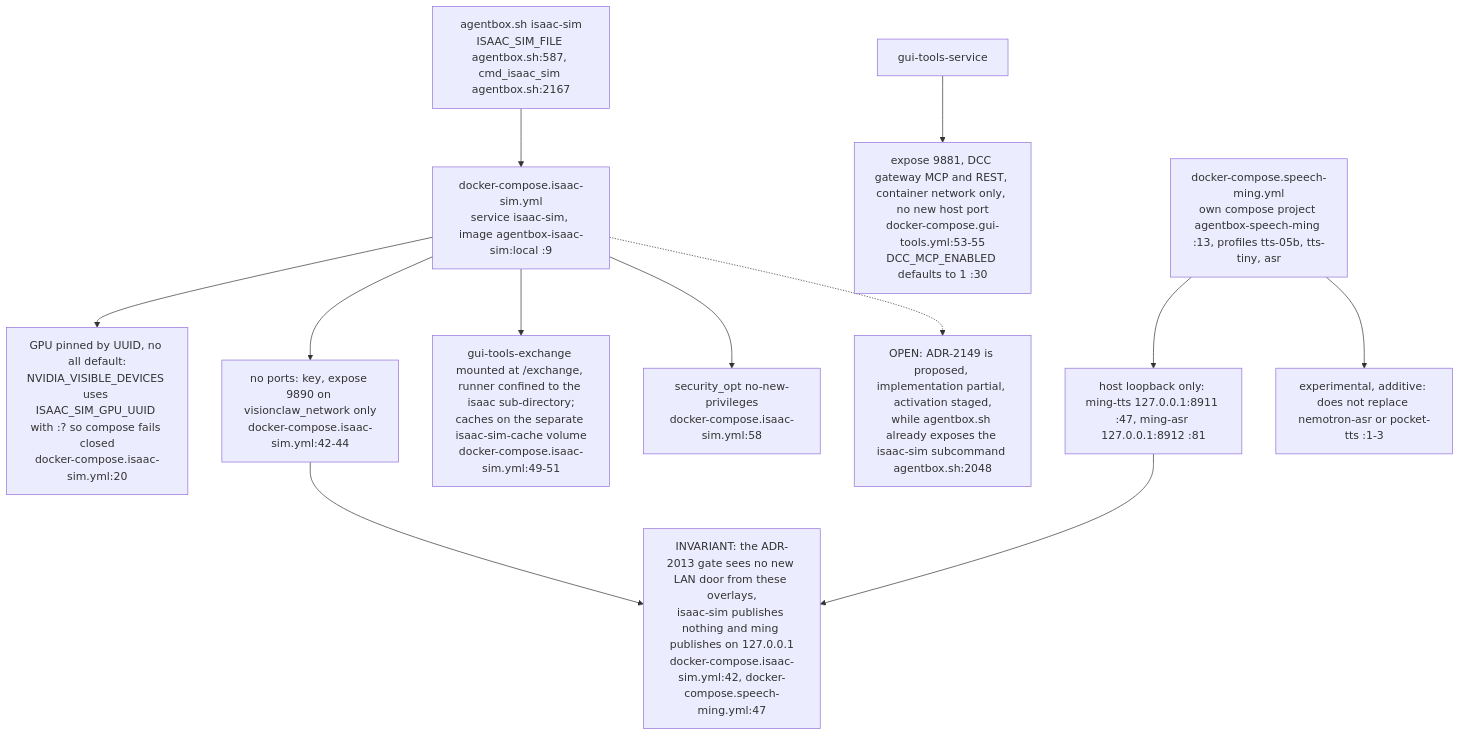
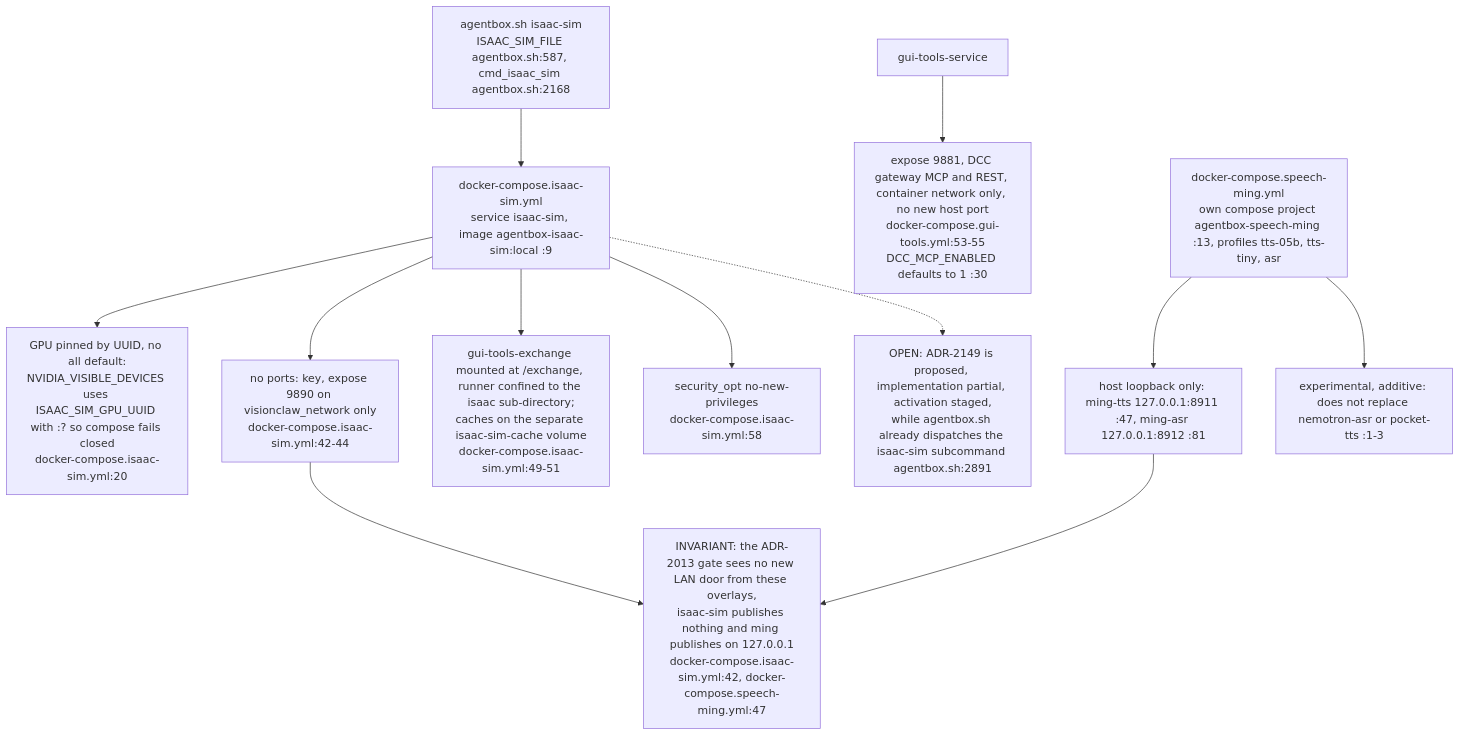
One commit to DreamLab-AI/VisionFlow changed diagram 14 of 14 in docs/diagrams/agentbox/06-sidecars-and-compose-overlays.md. Above: the diagram before and after it, drawn with Mermaid. The commit also changed other lines of this file and 173 other files, not shown here.

````diff
--- a/docs/diagrams/agentbox/06-sidecars-and-compose-overlays.md
+++ b/docs/diagrams/agentbox/06-sidecars-and-compose-overlays.md
@@ -405,14 +405,14 @@
 ```mermaid
 flowchart TB
-    CLI["agentbox.sh isaac-sim<br/>ISAAC_SIM_FILE agentbox.sh:587, cmd_isaac_sim agentbox.sh:2167"] --> ISAAC["docker-compose.isaac-sim.yml<br/>service isaac-sim, image agentbox-isaac-sim:local :9"]
+    CLI["agentbox.sh isaac-sim<br/>ISAAC_SIM_FILE agentbox.sh:587, cmd_isaac_sim agentbox.sh:2168"] --> ISAAC["docker-compose.isaac-sim.yml<br/>service isaac-sim, image agentbox-isaac-sim:local :9"]
     ISAAC --> GPU["GPU pinned by UUID, no all default:<br/>NVIDIA_VISIBLE_DEVICES uses ISAAC_SIM_GPU_UUID with :? so compose fails closed<br/>docker-compose.isaac-sim.yml:20"]
     ISAAC --> NOPORT["no ports: key, expose 9890 on visionclaw_network only<br/>docker-compose.isaac-sim.yml:42-44"]
     ISAAC --> EXV["gui-tools-exchange mounted at /exchange, runner confined to the isaac sub-directory;<br/>caches on the separate isaac-sim-cache volume<br/>docker-compose.isaac-sim.yml:49-51"]
     ISAAC --> SECOPT["security_opt no-new-privileges<br/>docker-compose.isaac-sim.yml:58"]
     GT["gui-tools-service"] --> DCC["expose 9881, DCC gateway MCP and REST, container network only, no new host port<br/>docker-compose.gui-tools.yml:53-55<br/>DCC_MCP_ENABLED defaults to 1 :30"]
     MING["docker-compose.speech-ming.yml<br/>own compose project agentbox-speech-ming :13, profiles tts-05b, tts-tiny, asr"] --> MP["host loopback only: ming-tts 127.0.0.1:8911 :47, ming-asr 127.0.0.1:8912 :81"]
     MING --> NOTE["experimental, additive: does not replace nemotron-asr or pocket-tts :1-3"]
     NOPORT --> INV["INVARIANT: the ADR-2013 gate sees no new LAN door from these overlays,<br/>isaac-sim publishes nothing and ming publishes on 127.0.0.1<br/>docker-compose.isaac-sim.yml:42, docker-compose.speech-ming.yml:47"]
     MP --> INV
-    ISAAC -.-> OPENA["OPEN: ADR-2149 is proposed, implementation partial, activation staged,<br/>while agentbox.sh already exposes the isaac-sim subcommand agentbox.sh:2048"]
+    ISAAC -.-> OPENA["OPEN: ADR-2149 is proposed, implementation partial, activation staged,<br/>while agentbox.sh already dispatches the isaac-sim subcommand agentbox.sh:2891"]
 ```
````
